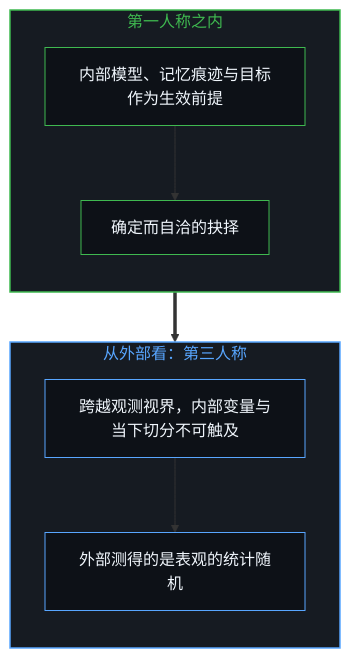
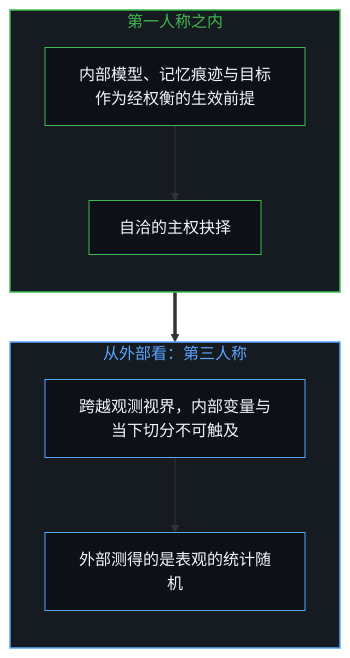
Before and after one commit to powerpig99/not-a-toe: the first of 2 diagrams in content/posts/zi-you-de-ce-bu-zhun.md, drawn with Mermaid. The commit also changed other lines of this file and 3 other files, not shown here.

````diff
--- a/content/posts/zi-you-de-ce-bu-zhun.md
+++ b/content/posts/zi-you-de-ce-bu-zhun.md
@@ -43,22 +43,22 @@
 ```mermaid
 flowchart TD
     subgraph S_In["第一人称之内"]
         direction TB
-        I1["内部模型、记忆痕迹与目标作为生效前提"]
-        I2["确定而自洽的抉择"]
+        I1["内部模型、记忆痕迹与目标作为经权衡的生效前提"]
+        I2["自洽的主权抉择"]
     end
     subgraph S_Out["从外部看：第三人称"]
         direction TB
         O1["跨越观测视界，内部变量与当下切分不可触及"]
         O2["外部测得的是表观的统计随机"]
     end
     I1 --> I2
     I2 ==> O1
     O1 --> O2
     style S_In fill:#161b22,stroke:#3fb950,stroke-width:1.5px,color:#3fb950
     style S_Out fill:#161b22,stroke:#58a6ff,stroke-width:1.5px,color:#58a6ff
     style I1 fill:#0d1117,stroke:#3fb950,stroke-width:1px,color:#f0f6fc
     style I2 fill:#0d1117,stroke:#3fb950,stroke-width:1px,color:#f0f6fc
     style O1 fill:#0d1117,stroke:#58a6ff,stroke-width:1px,color:#f0f6fc
     style O2 fill:#0d1117,stroke:#58a6ff,stroke-width:1px,color:#f0f6fc
 ```
````
